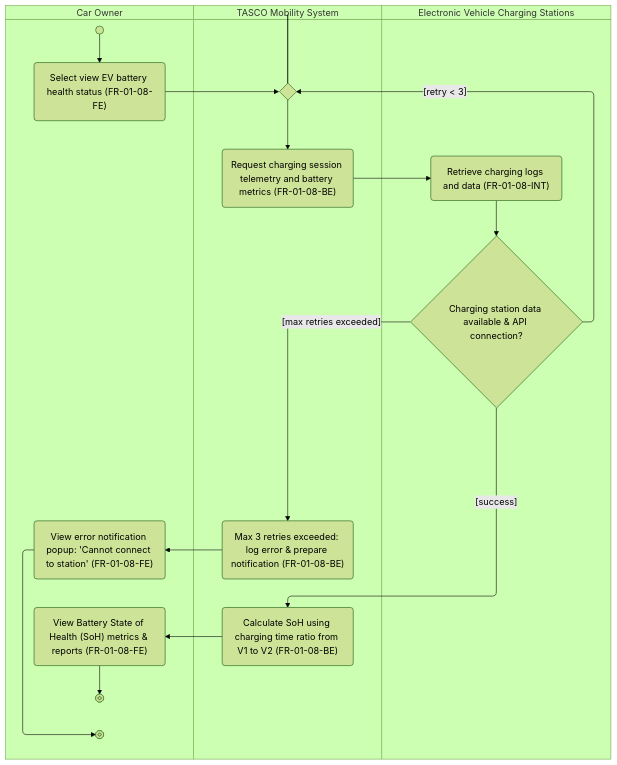
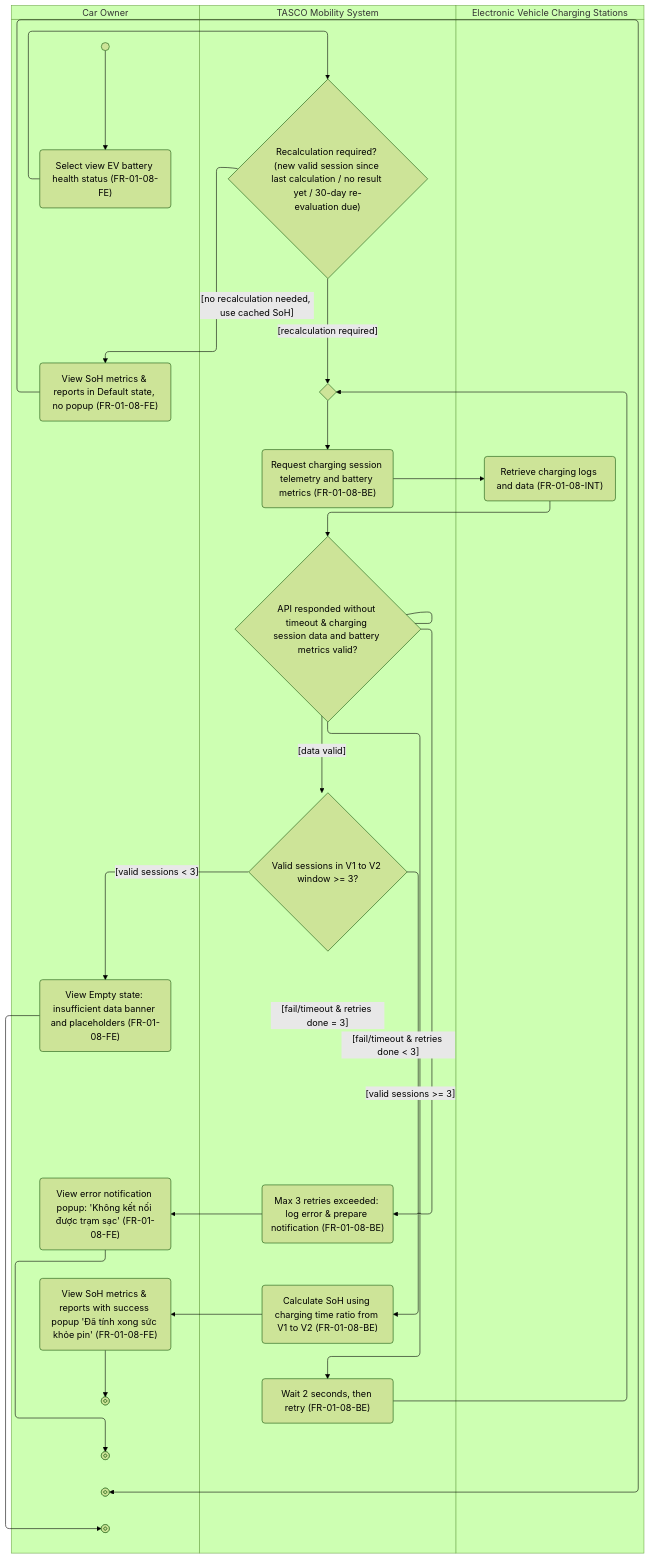
One commit to giangnhk63db/DBIZ-2_GROUP-A changed the diagram in docs/activity/AD-UC-1.06.md. Above: the diagram before and after it, drawn with Mermaid (forest theme). The commit also changed other lines of this file, not shown here.

````diff
--- a/docs/activity/AD-UC-1.06.md
+++ b/docs/activity/AD-UC-1.06.md
@@ -24,34 +25,40 @@
 ```mermaid
 
 swimlane-beta TB
  subgraph CAR["Car Owner"]
    start@{ shape: sm-circ }
    a1("Select view EV battery health status (FR-01-08-FE)")
-   a2("View Battery State of Health (SoH) metrics & reports (FR-01-08-FE)")
-   error_view("View error notification popup: 'Cannot connect to station' (FR-01-08-FE)")
+   a2("View SoH metrics & reports with success popup 'Đã tính xong sức khỏe pin' (FR-01-08-FE)")
+   a3("View SoH metrics & reports in Default state, no popup (FR-01-08-FE)")
+   a4("View Empty state: insufficient data banner and placeholders (FR-01-08-FE)")
+   error_view("View error notification popup: 'Không kết nối được trạm sạc' (FR-01-08-FE)")
    stop1@{ shape: fr-circ }
    stop2@{ shape: fr-circ }
+   stop3@{ shape: fr-circ }
+   stop4@{ shape: fr-circ }
  end
  subgraph SYS["TASCO Mobility System"]
+   d0{"Recalculation required? (new valid session since last calculation / no result yet / 30-day re-evaluation due)"}
    m1{" "}
    s1("Request charging session telemetry and battery metrics (FR-01-08-BE)")
+   d1{"API responded without timeout & charging session data and battery metrics valid?"}
+   s4("Wait 2 seconds, then retry (FR-01-08-BE)")
+   d2{"Valid sessions in V1 to V2 window >= 3?"}
    s3("Calculate SoH using charging time ratio from V1 to V2 (FR-01-08-BE)")
    s2("Max 3 retries exceeded: log error & prepare notification (FR-01-08-BE)")
  end
  subgraph STA["Electronic Vehicle Charging Stations"]
    e1("Retrieve charging logs and data (FR-01-08-INT)")
-   d1{"Charging station data available & API connection?"}
-
-
  end
 
-
-
-
- start --> a1 --> m1
+ start --> a1 --> d0
+ d0 -->|"[no recalculation needed, use cached SoH]"| a3 --> stop3
+ d0 -->|"[recalculation required]"| m1
  m1 --> s1 --> e1 --> d1
- d1 -->|"[retry < 3]"| m1
- d1 -->|"[success]"| s3 --> a2 --> stop1
- d1 -->|"[max retries exceeded]"| s2 --> error_view --> stop2
+ d1 -->|"[fail/timeout & retries done < 3]"| s4 --> m1
+ d1 -->|"[data valid]"| d2
+ d1 -->|"[fail/timeout & retries done = 3]"| s2 --> error_view --> stop2
+ d2 -->|"[valid sessions >= 3]"| s3 --> a2 --> stop1
+ d2 -->|"[valid sessions < 3]"| a4 --> stop4
 
 ```
````
